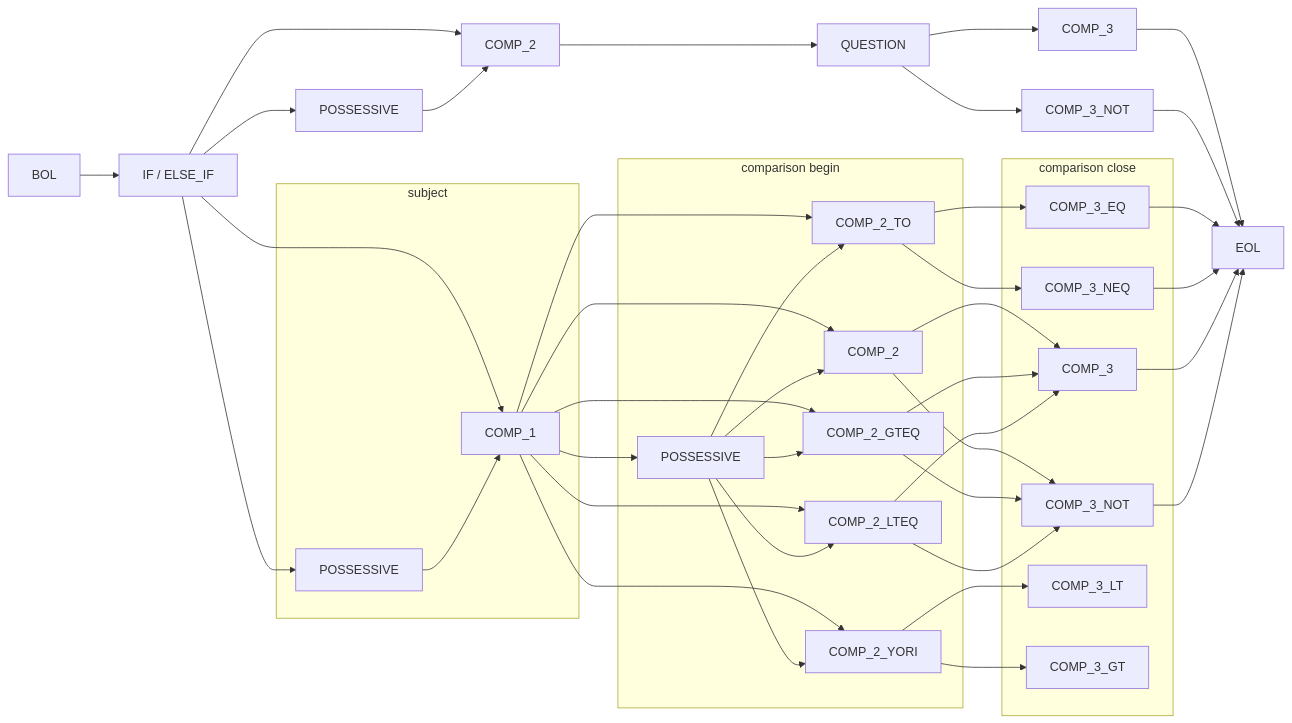
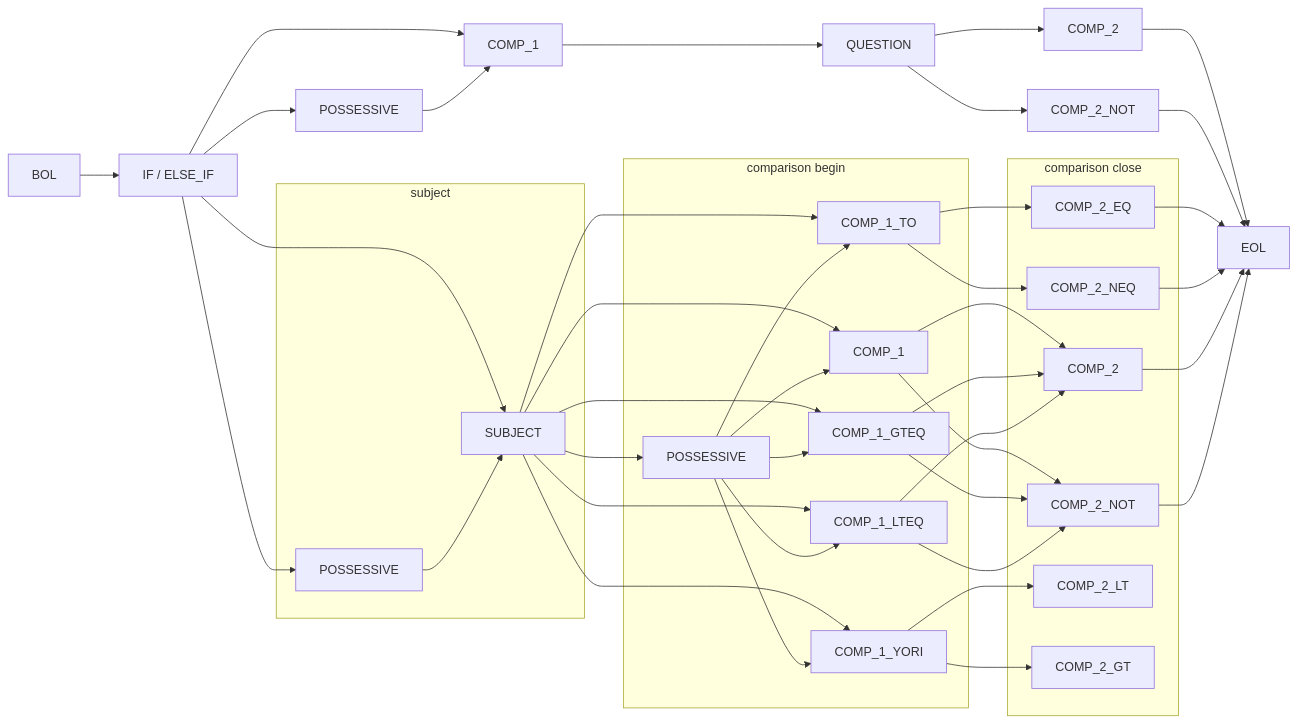
One commit to rewhowe/snapdragon changed the eighth of 12 diagrams in documentation/nfsm.md. Above: the diagram before and after it, drawn with Mermaid. The commit also changed other lines of this file and 25 other files, not shown here.

Commit message:
add a new alias for comp_not; rename comp_1 to subject and slide comp_2 and comp_3 down to comp_1 and comp_2

````diff
--- a/documentation/nfsm.md
+++ b/documentation/nfsm.md
@@ -158,74 +158,74 @@
 ```mermaid
 graph LR
   BOL --> IF[IF / ELSE_IF]
 
-  IF[IF / ELSE_IF] --> COMP_1
+  IF[IF / ELSE_IF] --> SUBJECT
   IF[IF / ELSE_IF] --> COMP_BOOL_BEGIN
   IF[IF / ELSE_IF] --> POSSESSIVE_BOOL[POSSESSIVE]
   IF[IF / ELSE_IF] --> POSSESSIVE_1[POSSESSIVE]
 
+  SUBJECT --> COMP_1
+  SUBJECT --> COMP_1_TO
+  SUBJECT --> COMP_1_YORI
+  SUBJECT --> COMP_1_GTEQ
+  SUBJECT --> COMP_1_LTEQ
+  SUBJECT --> POSSESSIVE_2[POSSESSIVE]
+
+  POSSESSIVE_BOOL[POSSESSIVE] --> COMP_BOOL_BEGIN[COMP_1]
+  COMP_BOOL_BEGIN[COMP_1] --> QUESTION
+
+  QUESTION --> COMP_BOOL_CLOSE[COMP_2]
+  QUESTION --> COMP_BOOL_CLOSE_NOT[COMP_2_NOT]
+
+  COMP_BOOL_CLOSE[COMP_2] --> EOL
+  COMP_BOOL_CLOSE_NOT[COMP_2_NOT] --> EOL
+
   COMP_1 --> COMP_2
-  COMP_1 --> COMP_2_TO
-  COMP_1 --> COMP_2_YORI
-  COMP_1 --> COMP_2_GTEQ
-  COMP_1 --> COMP_2_LTEQ
-  COMP_1 --> POSSESSIVE_2[POSSESSIVE]
+  COMP_1 --> COMP_2_NOT
 
-  POSSESSIVE_BOOL[POSSESSIVE] --> COMP_BOOL_BEGIN[COMP_2]
-  COMP_BOOL_BEGIN[COMP_2] --> QUESTION
+  COMP_1_GTEQ --> COMP_2
+  COMP_1_GTEQ --> COMP_2_NOT
 
-  QUESTION --> COMP_BOOL_CLOSE[COMP_3]
-  QUESTION --> COMP_BOOL_CLOSE_NOT[COMP_3_NOT]
+  COMP_1_LTEQ --> COMP_2
+  COMP_1_LTEQ --> COMP_2_NOT
 
-  COMP_BOOL_CLOSE[COMP_3] --> EOL
-  COMP_BOOL_CLOSE_NOT[COMP_3_NOT] --> EOL
+  COMP_1_TO --> COMP_2_EQ
+  COMP_1_TO --> COMP_2_NEQ
 
-  COMP_2 --> COMP_3
-  COMP_2 --> COMP_3_NOT
+  COMP_1_YORI --> COMP_2_LT
+  COMP_1_YORI --> COMP_2_GT
 
-  COMP_2_GTEQ --> COMP_3
-  COMP_2_GTEQ --> COMP_3_NOT
+  COMP_2_EQ --> EOL
 
-  COMP_2_LTEQ --> COMP_3
-  COMP_2_LTEQ --> COMP_3_NOT
+  COMP_2_NEQ --> EOL
 
-  COMP_2_TO --> COMP_3_EQ
-  COMP_2_TO --> COMP_3_NEQ
+  COMP_2 --> EOL
 
-  COMP_2_YORI --> COMP_3_LT
-  COMP_2_YORI --> COMP_3_GT
-
-  COMP_3_EQ --> EOL
-
-  COMP_3_NEQ --> EOL
-
-  COMP_3 --> EOL
-
-  COMP_3_NOT --> EOL
+  COMP_2_NOT --> EOL
 
   subgraph subject
-    POSSESSIVE_1[POSSESSIVE] --> COMP_1
+    POSSESSIVE_1[POSSESSIVE] --> SUBJECT
   end
 
   subgraph comparison begin
-    POSSESSIVE_2[POSSESSIVE] --> COMP_2
-    POSSESSIVE_2[POSSESSIVE] --> COMP_2_TO
-    POSSESSIVE_2[POSSESSIVE] --> COMP_2_YORI
-    POSSESSIVE_2[POSSESSIVE] --> COMP_2_GTEQ
-    POSSESSIVE_2[POSSESSIVE] --> COMP_2_LTEQ
+    POSSESSIVE_2[POSSESSIVE] --> COMP_1
+    POSSESSIVE_2[POSSESSIVE] --> COMP_1_TO
+    POSSESSIVE_2[POSSESSIVE] --> COMP_1_YORI
+    POSSESSIVE_2[POSSESSIVE] --> COMP_1_GTEQ
+    POSSESSIVE_2[POSSESSIVE] --> COMP_1_LTEQ
   end
 
   subgraph comparison close
-    COMP_3
+    COMP_2
 
-    COMP_3_NOT
+    COMP_2_NOT
 
-    COMP_3_LT
+    COMP_2_LT
 
-    COMP_3_GT
+    COMP_2_GT
 
-    COMP_3_EQ
+    COMP_2_EQ
 
-    COMP_3_NEQ
+    COMP_2_NEQ
   end
 ```
````
